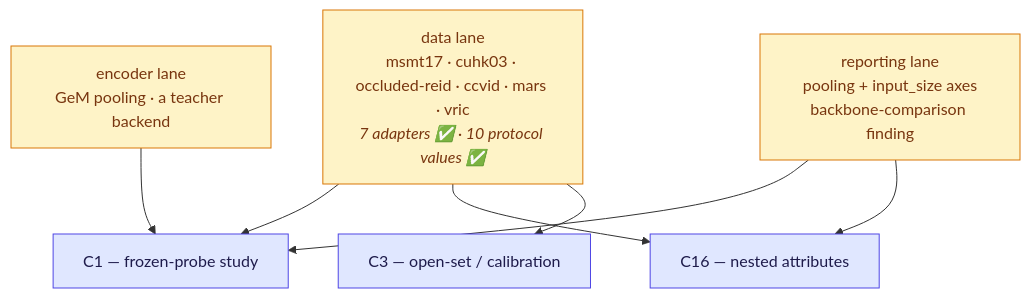
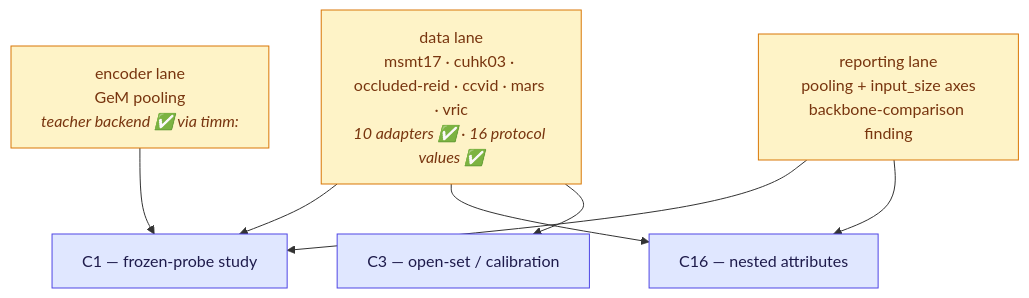
The first of 2 diagrams in docs/project/38-reidbench-owed.md (karolmajek/torment-nexus), drawn with Mermaid before and after one commit. The commit also changed other lines of this file and 618 other files, not shown here.

````diff
--- a/docs/project/38-reidbench-owed.md
+++ b/docs/project/38-reidbench-owed.md
@@ -35,20 +49,20 @@
 ```mermaid
 flowchart TD
-    DATA["data lane<br/>msmt17 · cuhk03 · occluded-reid · ccvid · mars · vric<br/><i>7 adapters ✅ · 10 protocol values ✅</i>"]
-    ENC["encoder lane<br/>GeM pooling · a teacher backend"]
+    DATA["data lane<br/>msmt17 · cuhk03 · occluded-reid · ccvid · mars · vric<br/><i>10 adapters ✅ · 16 protocol values ✅</i>"]
+    ENC["encoder lane<br/>GeM pooling<br/><i>teacher backend ✅ via timm:</i>"]
     CHK["reporting lane<br/>pooling + input_size axes<br/>backbone-comparison finding"]
     C1["C1 — frozen-probe study"]
     C16["C16 — nested attributes"]
     C3["C3 — open-set / calibration"]
     DATA --> C1
     DATA --> C16
     DATA --> C3
     ENC --> C1
     CHK --> C1
     CHK --> C16
 
     classDef lane fill:#fef3c7,stroke:#d97706,color:#78350f
     classDef exp fill:#e0e7ff,stroke:#4f46e5,color:#1e1b4b
     class DATA,ENC,CHK lane
     class C1,C16,C3 exp
 ```
````
